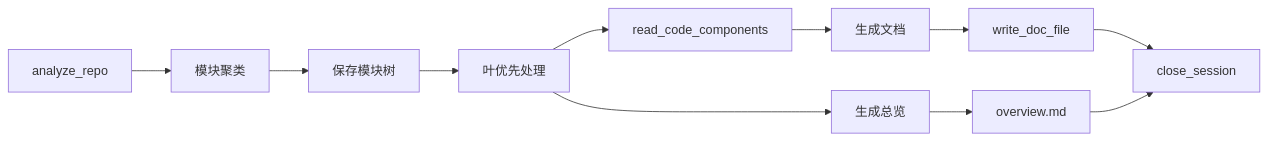
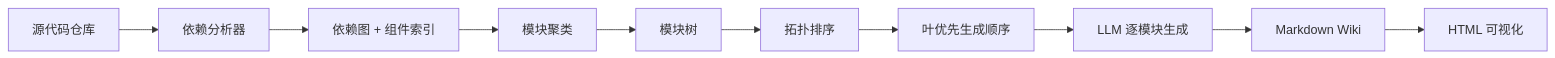
One commit to mambo-wang/CodeWiki-CN changed the second of 2 diagrams in repowiki/overview.md. Above: the diagram before and after it, drawn with Mermaid. The commit also changed other lines of this file and 41 other files, not shown here.

First line of the commit message:
feat: optimize MCP server with file-side-channel architecture

````diff
--- a/repowiki/overview.md
+++ b/repowiki/overview.md
@@ -69,13 +89,12 @@
 ```mermaid
 graph LR
-    A[analyze_repo] --> B[模块聚类]
-    B --> C[保存模块树]
-    C --> D[叶优先处理]
-    D --> E[read_code_components]
-    E --> F[生成文档]
-    F --> G[write_doc_file]
-    D --> H[生成总览]
-    H --> I[overview.md]
-    G --> J[close_session]
-    I --> J
+    A["源代码仓库"] --> B["依赖分析器"]
+    B --> C["依赖图 + 组件索引"]
+    C --> D["模块聚类"]
+    D --> E["模块树"]
+    E --> F["拓扑排序"]
+    F --> G["叶优先生成顺序"]
+    G --> H["LLM 逐模块生成"]
+    H --> I["Markdown Wiki"]
+    I --> J["HTML 可视化"]
 ```
````
